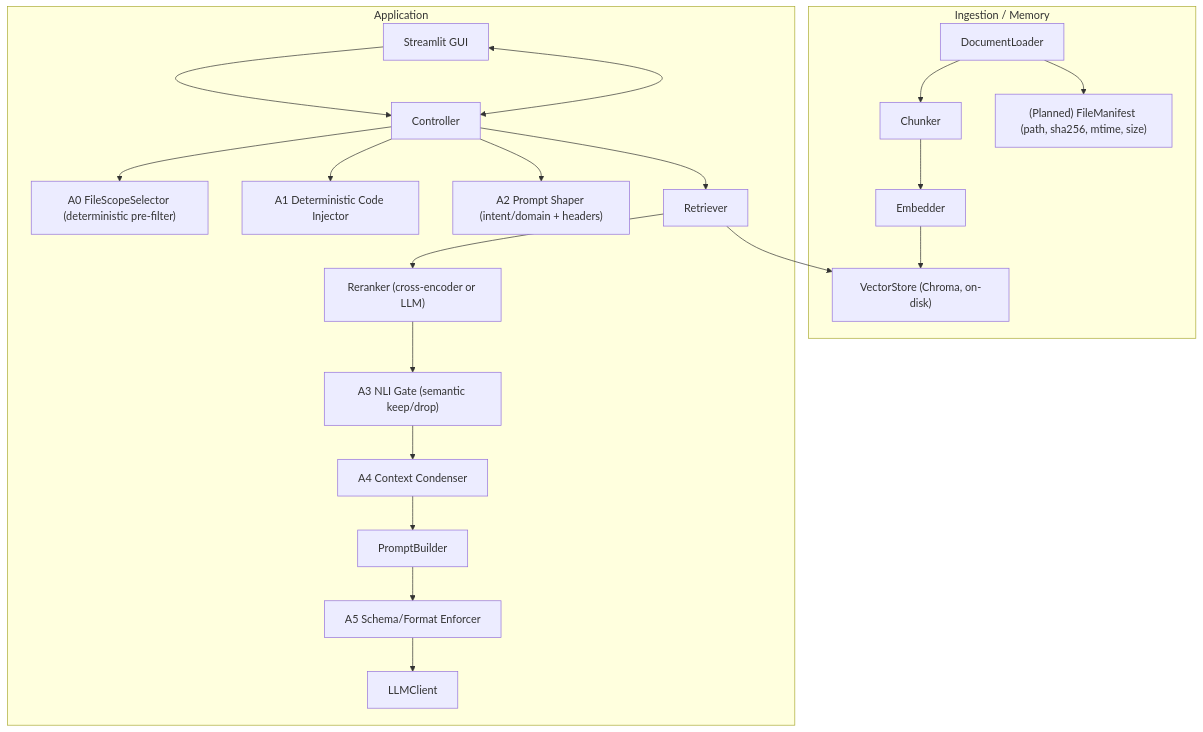
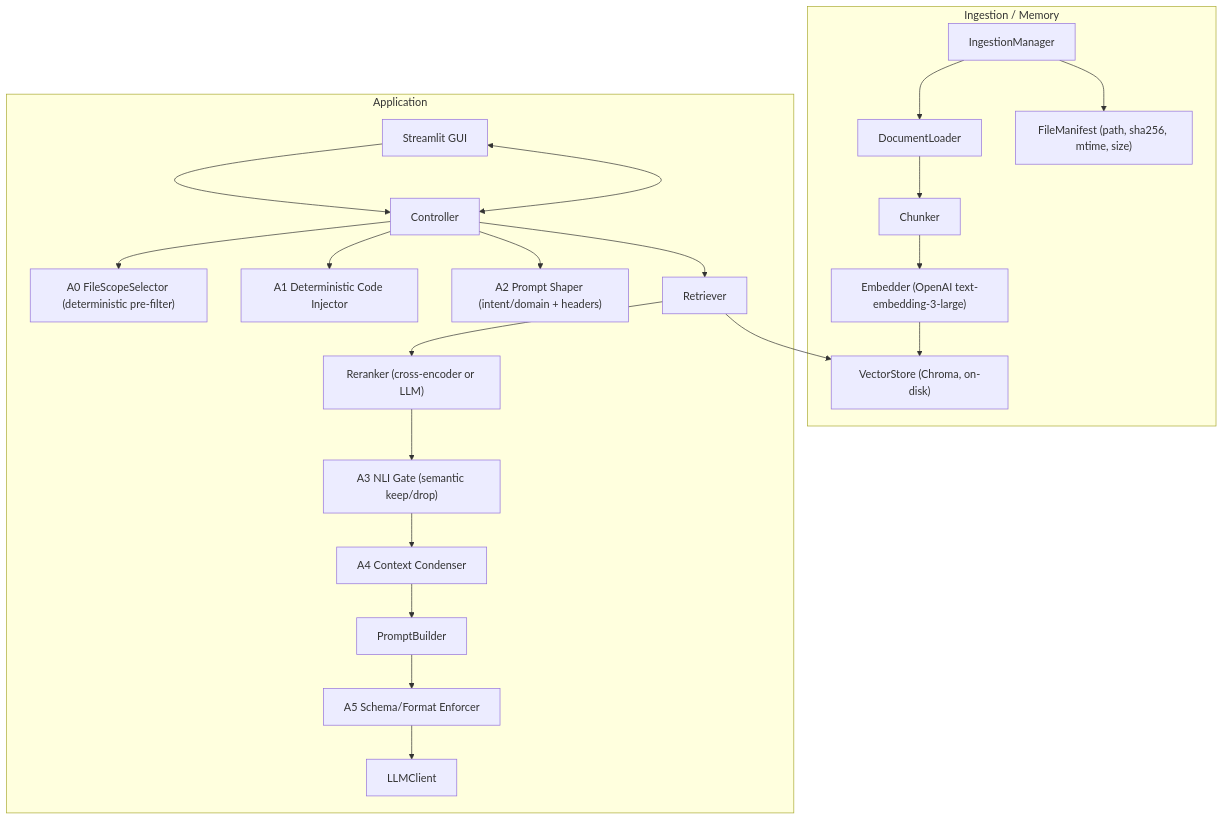
Before and after one commit to RusbehAbtahi/RAGstream: the diagram in README.md, drawn with Mermaid.

Commit message:
Add GUI folder and update README

````diff
--- a/README.md
+++ b/README.md
@@ -11,35 +11,36 @@
 ```mermaid
 flowchart TD
   subgraph "Ingestion / Memory"
+    IM["IngestionManager"]
     LDR["DocumentLoader"]
     CHK["Chunker"]
-    EMB["Embedder"]
+    EMB["Embedder (OpenAI text-embedding-3-large)"]
     VS["VectorStore (Chroma, on-disk)"]
-    FM["(Planned) FileManifest (path, sha256, mtime, size)"]
-    LDR --> CHK --> EMB --> VS
-    LDR --> FM
+    FM["FileManifest (path, sha256, mtime, size)"]
+    IM --> LDR --> CHK --> EMB --> VS
+    IM --> FM
   end
 
   subgraph "Application"
     UI["Streamlit GUI"]
     CTRL["Controller"]
     A0["A0 FileScopeSelector (deterministic pre-filter)"]
     DCI["A1 Deterministic Code Injector"]
     PS["A2 Prompt Shaper (intent/domain + headers)"]
     RET["Retriever"]
     RER["Reranker (cross-encoder or LLM)"]
     NLI["A3 NLI Gate (semantic keep/drop)"]
     CCD["A4 Context Condenser"]
     PB["PromptBuilder"]
     A5["A5 Schema/Format Enforcer"]
     LLM["LLMClient"]
   end
 
   UI --> CTRL
   CTRL --> A0
   CTRL --> DCI
   CTRL --> PS
   CTRL --> RET --> VS
   RET --> RER --> NLI --> CCD --> PB --> A5 --> LLM
   UI <--> CTRL
 ```
````
